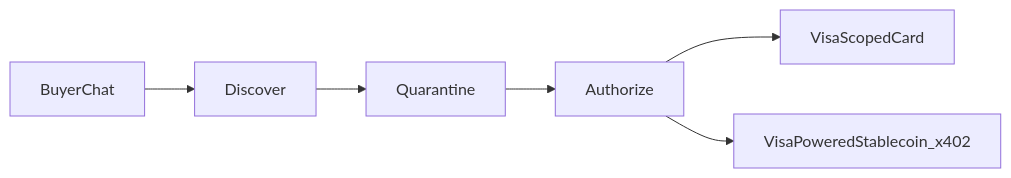
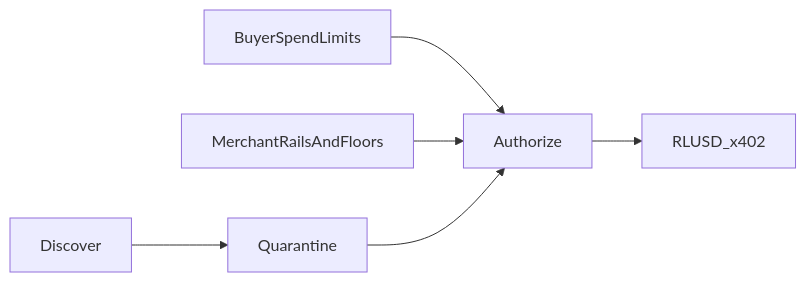
The diagram in README.md (itzsihui/SingHacks2026), drawn with Mermaid before and after one commit.

Commit message:
readme fix

````diff
--- a/README.md
+++ b/README.md
@@ -74,8 +74,15 @@
 ```mermaid
 flowchart LR
-  chat[BuyerChat] --> discover[Discover]
-  discover --> quarantine[Quarantine]
-  quarantine --> auth[Authorize]
-  auth --> visaRail[VisaScopedCard]
-  auth --> stableRail[VisaPoweredStablecoin_x402]
+  buyerPolicy[BuyerSpendLimits]
+  merchantPolicy[MerchantRailsAndFloors]
+  discover[Discover]
+  quarantine[Quarantine]
+  auth[Authorize]
+  settle[RLUSD_x402]
+
+  buyerPolicy --> auth
+  merchantPolicy --> auth
+  discover --> quarantine
+  quarantine --> auth
+  auth --> settle
 ```
````
